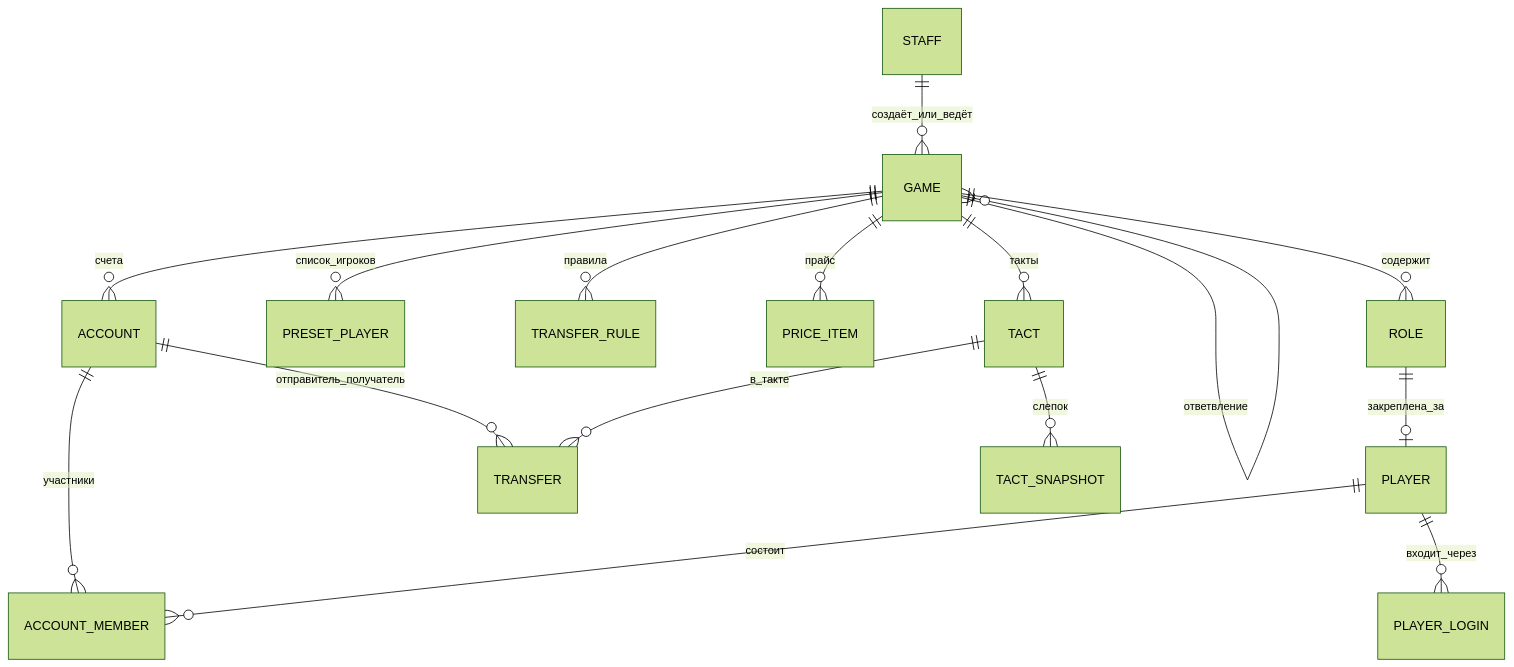
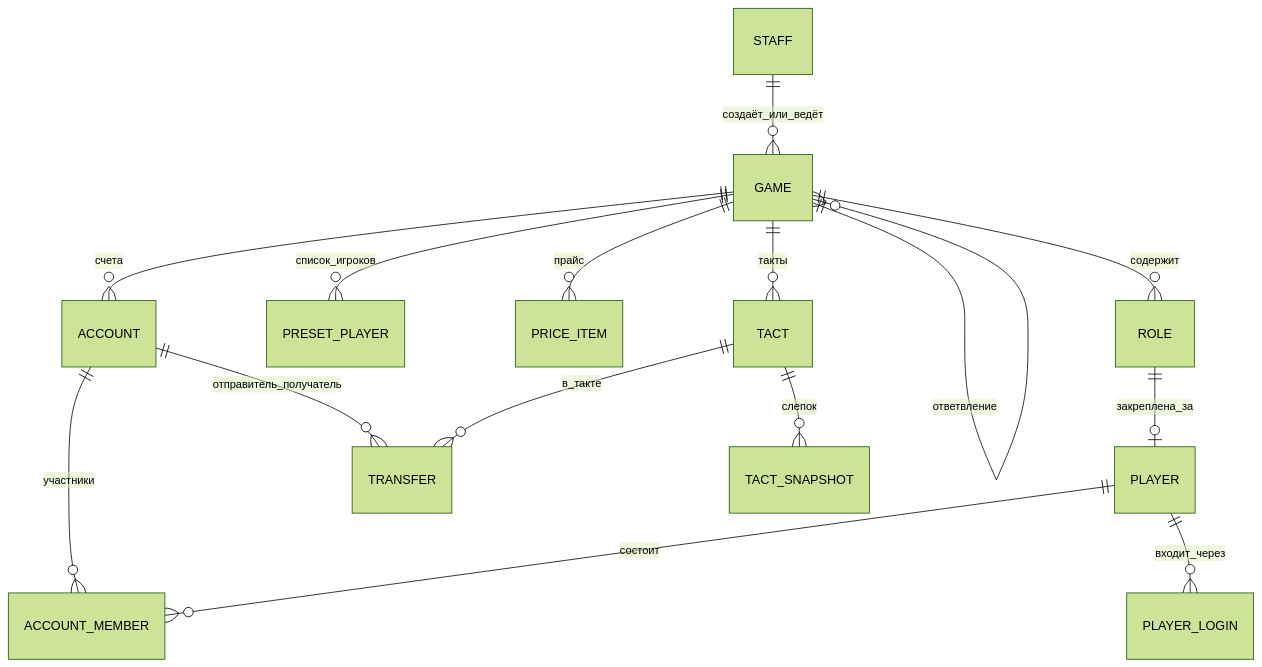
One commit to Dobro-AI/Bank_in_game changed the diagram in docs/ARCHITECTURE.md. Above: the diagram before and after it, drawn with Mermaid (forest theme). The commit also changed other lines of this file and 30 other files, not shown here.

````diff
--- a/docs/ARCHITECTURE.md
+++ b/docs/ARCHITECTURE.md
@@ -87,18 +87,17 @@
 ```mermaid
 erDiagram
   STAFF ||--o{ GAME : создаёт_или_ведёт
   GAME ||--o{ GAME : ответвление
   GAME ||--o{ ROLE : содержит
   GAME ||--o{ PRESET_PLAYER : список_игроков
-  GAME ||--o{ TRANSFER_RULE : правила
   GAME ||--o{ PRICE_ITEM : прайс
   GAME ||--o{ TACT : такты
   GAME ||--o{ ACCOUNT : счета
   ROLE ||--o| PLAYER : закреплена_за
   PLAYER ||--o{ PLAYER_LOGIN : входит_через
   ACCOUNT ||--o{ ACCOUNT_MEMBER : участники
   PLAYER ||--o{ ACCOUNT_MEMBER : состоит
   ACCOUNT ||--o{ TRANSFER : отправитель_получатель
   TACT ||--o{ TRANSFER : в_такте
   TACT ||--o{ TACT_SNAPSHOT : слепок
 ```
````
